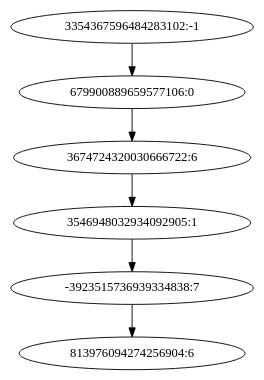
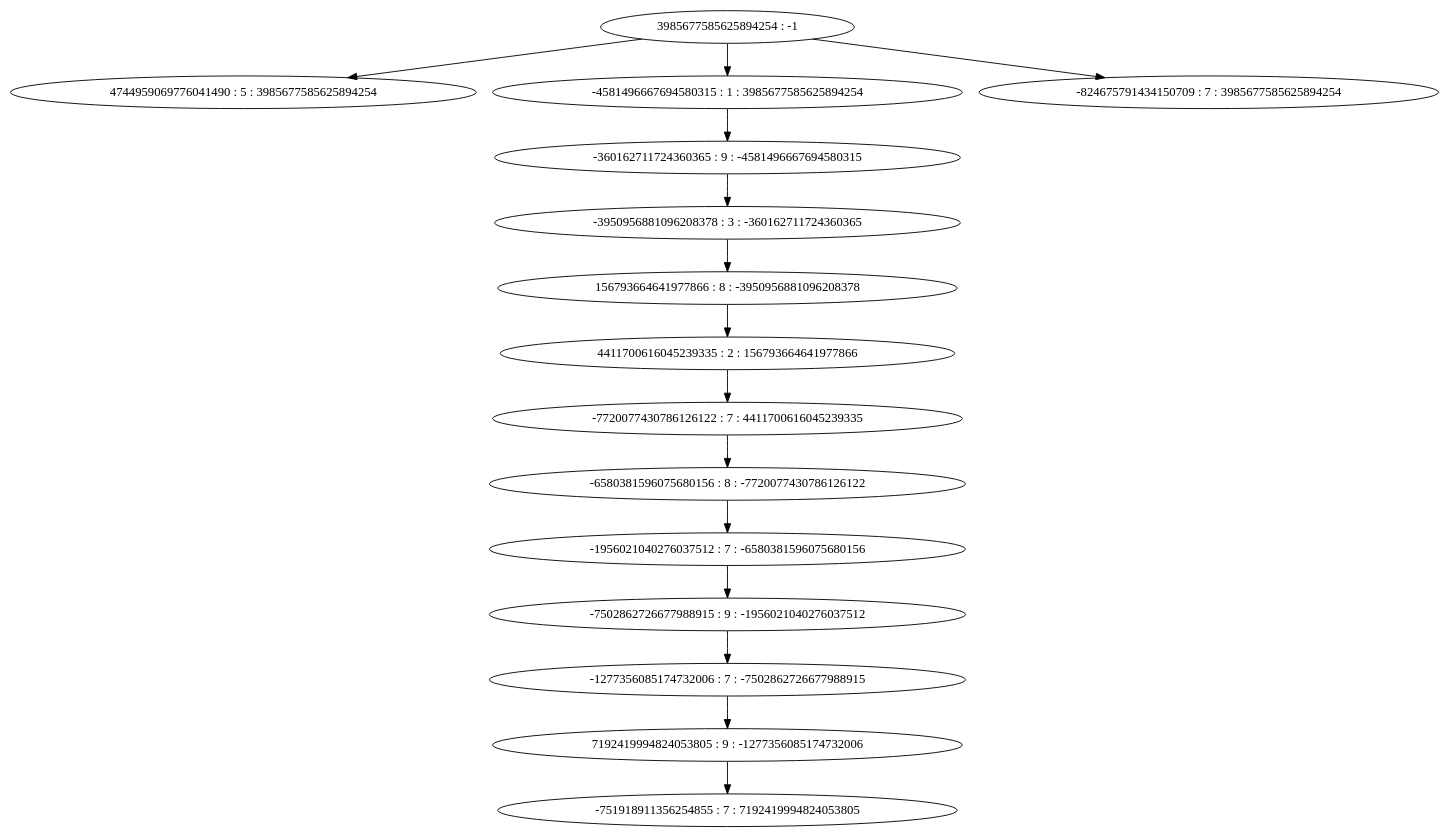
Before and after one commit to aka2910/P2P-currency-simulator: the diagram in plots_10/tree_5.dot.gv, drawn with Graphviz. The commit also changed 22 other files, not shown here.

```diff
--- a/plots_10/tree_5.dot.gv
+++ b/plots_10/tree_5.dot.gv
@@ -1,13 +1,31 @@
 digraph "plots_10/tree_5.dot" {
-	0 [label="3354367596484283102:-1"]
-	1 [label="679900889659577106:0"]
-	2 [label="3674724320030666722:6"]
-	3 [label="3546948032934092905:1"]
-	4 [label="-3923515736939334838:7"]
-	5 [label="813976094274256904:6"]
+	0 [label="3985677585625894254 : -1"]
+	1 [label="4744959069776041490 : 5 : 3985677585625894254"]
+	2 [label="-4581496667694580315 : 1 : 3985677585625894254"]
+	3 [label="-824675791434150709 : 7 : 3985677585625894254"]
+	4 [label="-360162711724360365 : 9 : -4581496667694580315"]
+	5 [label="-3950956881096208378 : 3 : -360162711724360365"]
+	6 [label="156793664641977866 : 8 : -3950956881096208378"]
+	7 [label="4411700616045239335 : 2 : 156793664641977866"]
+	8 [label="-7720077430786126122 : 7 : 4411700616045239335"]
+	9 [label="-6580381596075680156 : 8 : -7720077430786126122"]
+	10 [label="-1956021040276037512 : 7 : -6580381596075680156"]
+	11 [label="-7502862726677988915 : 9 : -1956021040276037512"]
+	12 [label="-1277356085174732006 : 7 : -7502862726677988915"]
+	13 [label="7192419994824053805 : 9 : -1277356085174732006"]
+	14 [label="-751918911356254855 : 7 : 7192419994824053805"]
+	0 -> 1
+	0 -> 2
+	2 -> 4
 	4 -> 5
-	0 -> 1
-	1 -> 2
-	3 -> 4
-	2 -> 3
+	5 -> 6
+	6 -> 7
+	7 -> 8
+	8 -> 9
+	9 -> 10
+	10 -> 11
+	11 -> 12
+	12 -> 13
+	13 -> 14
+	0 -> 3
 }
```
